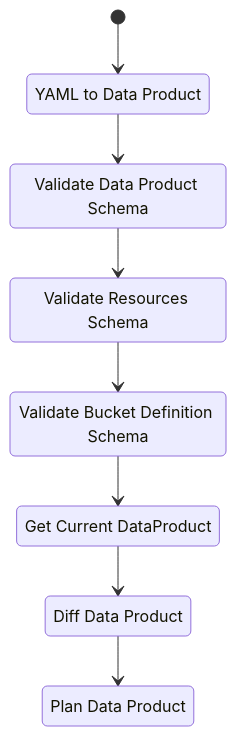
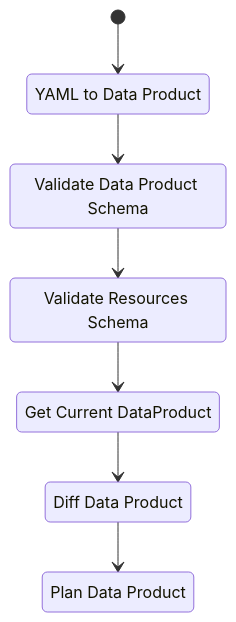
One commit to fabiangftech/catamesh changed the diagram in docs/en/diagrams/plan.data-product.mmd. Above: the diagram before and after it, drawn with Mermaid. The commit also changed 1 other file, not shown here.

Commit message:
doc: and validate state-diagram

```diff
--- a/docs/en/diagrams/plan.data-product.mmd
+++ b/docs/en/diagrams/plan.data-product.mmd
@@ -1,15 +1,13 @@
 stateDiagram-v2
     [*] --> yamlToDataProduct
     yamlToDataProduct : YAML to Data Product
     yamlToDataProduct --> validateDataProductSchema
     validateDataProductSchema: Validate Data Product Schema
     validateDataProductSchema --> validateResourceSchema
     validateResourceSchema: Validate Resources Schema
-    validateResourceSchema --> validateBucketDefinitionSchema
-    validateBucketDefinitionSchema: Validate Bucket Definition Schema
-    validateBucketDefinitionSchema --> loadCurrentDataProductForDiff
+    validateResourceSchema --> loadCurrentDataProductForDiff
     loadCurrentDataProductForDiff: Get Current DataProduct
     loadCurrentDataProductForDiff --> diffDataProductHandler
     diffDataProductHandler: Diff Data Product
     diffDataProductHandler --> planDataProduct
     planDataProduct: Plan Data Product
```
